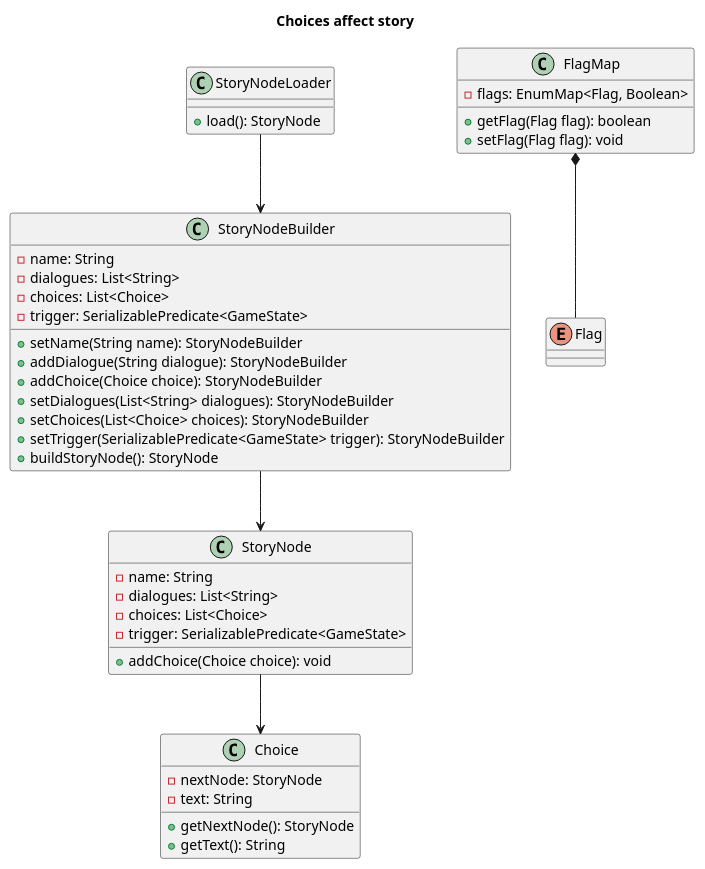
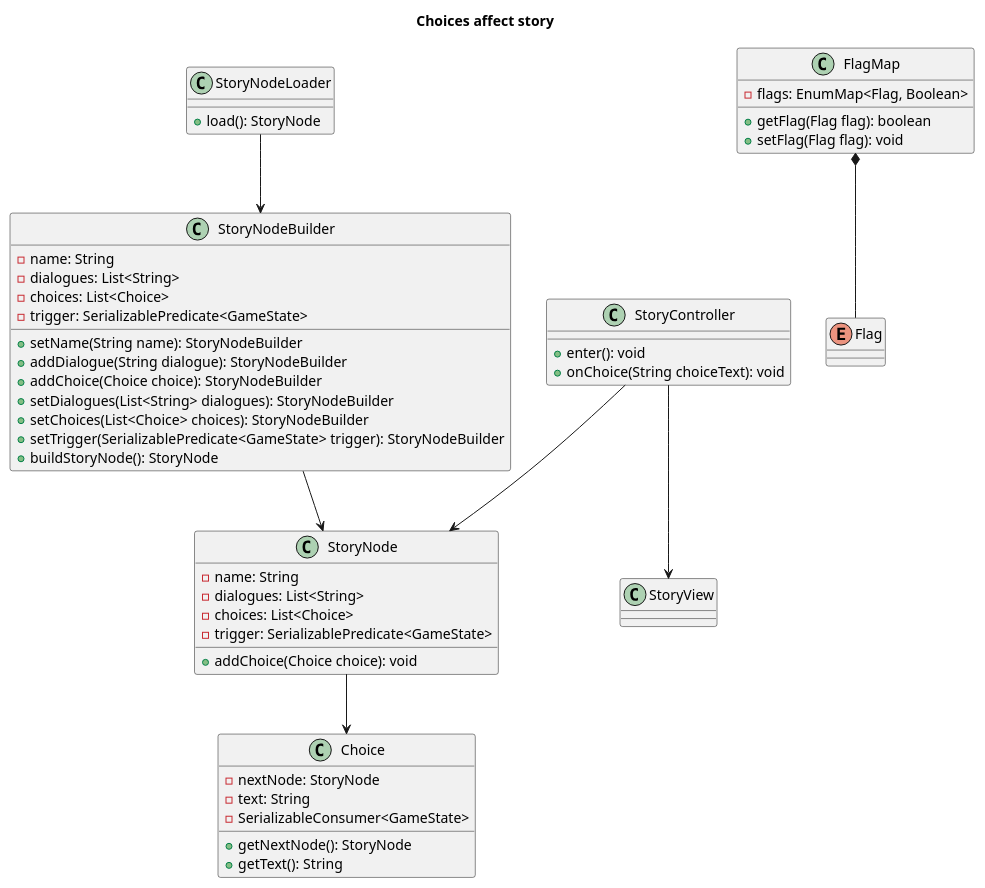
One commit to samMM-cs/iss-team2 changed the diagram in user_stories_pml/Choices_change_story.puml. Above: the diagram before and after it, drawn with PlantUML. The commit also changed 3 other files, not shown here.

Commit message:
updated uml and pptx

```diff
--- a/user_stories_pml/Choices_change_story.puml
+++ b/user_stories_pml/Choices_change_story.puml
@@ -1,53 +1,66 @@
 @startuml US10
 title Choices affect story
 
 class StoryNode {
     - name: String
     - dialogues: List<String>
     - choices: List<Choice>
     - trigger: SerializablePredicate<GameState>
     + addChoice(Choice choice): void
 }
 
 class StoryNodeBuilder {
     - name: String
     - dialogues: List<String>
     - choices: List<Choice>
     - trigger: SerializablePredicate<GameState>
     + setName(String name): StoryNodeBuilder
     + addDialogue(String dialogue): StoryNodeBuilder
     + addChoice(Choice choice): StoryNodeBuilder
     + setDialogues(List<String> dialogues): StoryNodeBuilder
     + setChoices(List<Choice> choices): StoryNodeBuilder
     + setTrigger(SerializablePredicate<GameState> trigger): StoryNodeBuilder
     + buildStoryNode(): StoryNode
 }
 
 class StoryNodeLoader {
     + load(): StoryNode
 }
 
 class Choice {
     - nextNode: StoryNode
     - text: String
+    - SerializableConsumer<GameState>
     + getNextNode(): StoryNode
     + getText(): String
 }
 
 enum Flag {
 
 }
 
 class FlagMap {
     - flags: EnumMap<Flag, Boolean>
     + getFlag(Flag flag): boolean
     + setFlag(Flag flag): void
 }
 
+class StoryView {
+
+}
+
+class StoryController {
+    + enter(): void
+    + onChoice(String choiceText): void
+}
+
 StoryNodeBuilder --> StoryNode
 StoryNodeLoader --> StoryNodeBuilder
 StoryNode --> Choice
 
 FlagMap *-- Flag
 
+StoryController --> StoryView
+StoryController --> StoryNode
+
 @enduml
```
